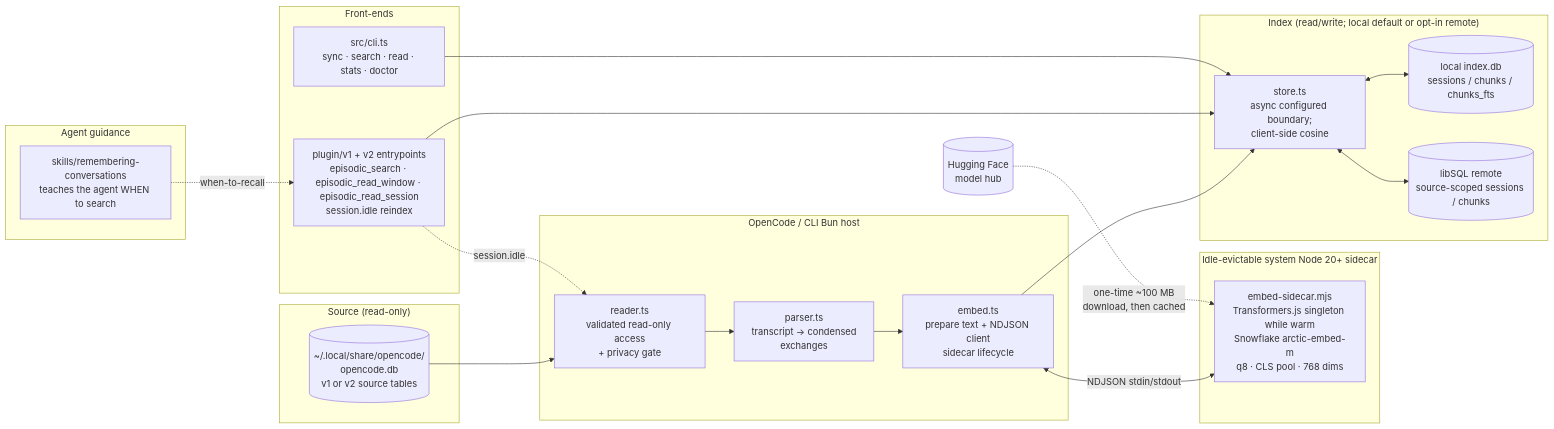
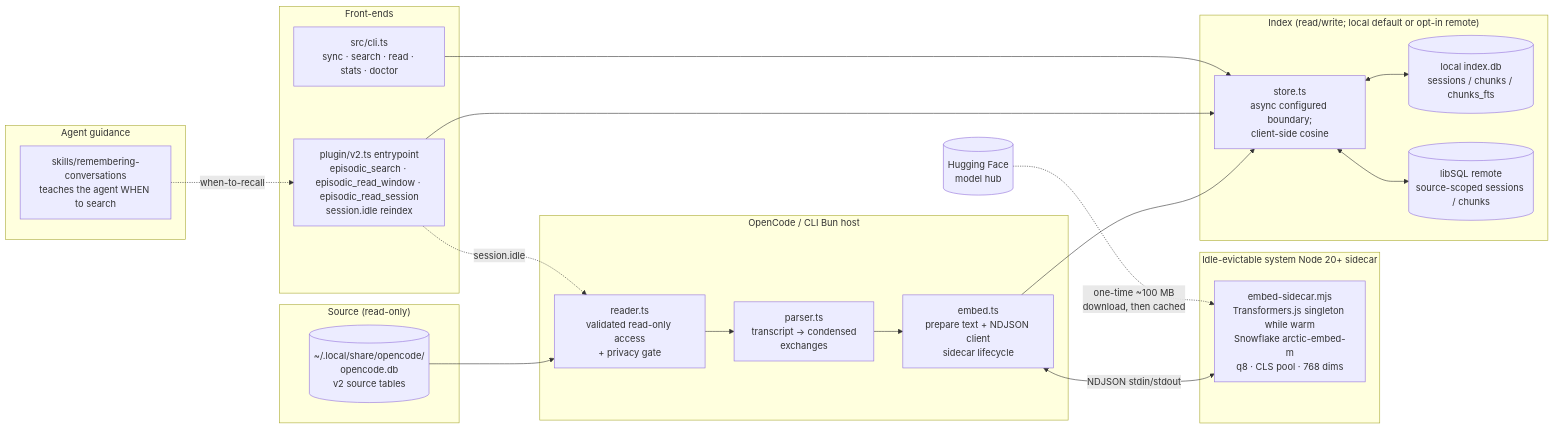
Before and after one commit to robertn702/opencode-episodic-memory: the first of 3 diagrams in ARCHITECTURE.md, drawn with Mermaid. The commit also changed other lines of this file and 19 other files, not shown here.

````diff
--- a/ARCHITECTURE.md
+++ b/ARCHITECTURE.md
@@ -19,43 +19,43 @@
 ```mermaid
 flowchart LR
     subgraph Source["Source (read-only)"]
-        OCDB[("~/.local/share/opencode/<br/>opencode.db<br/>v1 or v2 source tables")]
+        OCDB[("~/.local/share/opencode/<br/>opencode.db<br/>v2 source tables")]
     end
 
     subgraph BunHost["OpenCode / CLI Bun host"]
         R[reader.ts<br/>validated read-only access<br/>+ privacy gate]
         P[parser.ts<br/>transcript → condensed<br/>exchanges]
         E[embed.ts<br/>prepare text + NDJSON client<br/>sidecar lifecycle]
     end
 
     subgraph NodeSidecar["Idle-evictable system Node 20+ sidecar"]
         ES[embed-sidecar.mjs<br/>Transformers.js singleton while warm<br/>Snowflake arctic-embed-m<br/>q8 · CLS pool · 768 dims]
     end
 
     subgraph Index["Index (read/write; local default or opt-in remote)"]
         IDB[("local index.db<br/>sessions / chunks / chunks_fts")]
         RDB[("libSQL remote<br/>source-scoped sessions / chunks")]
         S[store.ts<br/>async configured boundary;<br/>client-side cosine]
     end
 
     subgraph Frontends["Front-ends"]
-        PLG[plugin/v1 + v2 entrypoints<br/>episodic_search · episodic_read_window · episodic_read_session<br/>session.idle reindex]
+        PLG[plugin/v2.ts entrypoint<br/>episodic_search · episodic_read_window · episodic_read_session<br/>session.idle reindex]
         CLI[src/cli.ts<br/>sync · search · read · stats · doctor]
     end
 
     subgraph Skill["Agent guidance"]
         SK[skills/remembering-conversations<br/>teaches the agent WHEN to search]
     end
 
     OCDB --> R --> P --> E
     E <-->|NDJSON stdin/stdout| ES
     E --> S
     S <--> IDB
     S <--> RDB
     PLG --> S
     CLI --> S
     PLG -.->|session.idle| R
     SK -.when-to-recall.-> PLG
 
     HF[(Hugging Face<br/>model hub)] -.one-time ~100 MB<br/>download, then cached.-> ES
 ```
````
